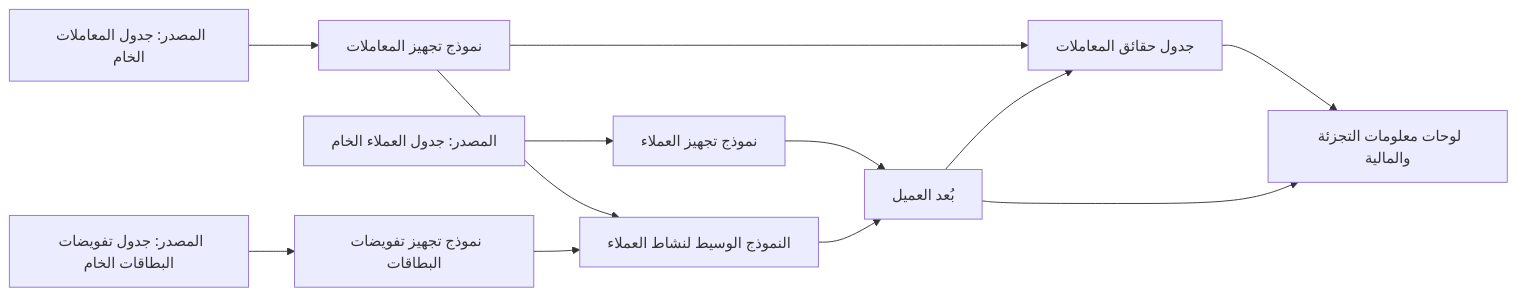
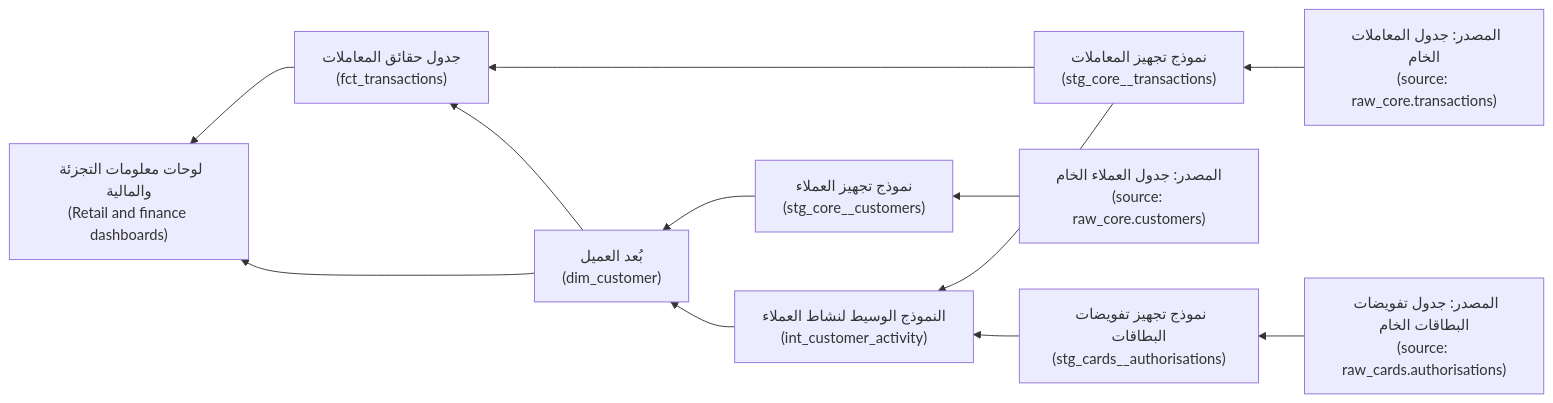
One commit to Tamoura/system-design-for-vibe-coders changed the first of 3 diagrams in data/modules/03-transform-quality.ar.md. Above: the diagram before and after it, drawn with Mermaid. The commit also changed other lines of this file and 20 other files, not shown here.

First line of the commit message:
New courses: Arabic diagrams read right-to-left with English labels (modules 0–6)

````diff
--- a/data/modules/03-transform-quality.ar.md
+++ b/data/modules/03-transform-quality.ar.md
@@ -44,14 +44,14 @@
 ```mermaid
-flowchart LR
-    S1["المصدر: جدول المعاملات الخام"] --> ST1["نموذج تجهيز المعاملات"]
-    S2["المصدر: جدول العملاء الخام"] --> ST2["نموذج تجهيز العملاء"]
-    S3["المصدر: جدول تفويضات البطاقات الخام"] --> ST3["نموذج تجهيز تفويضات البطاقات"]
-    ST1 --> I1["النموذج الوسيط لنشاط العملاء"]
+flowchart RL
+    S1["المصدر: جدول المعاملات الخام<br/>(source: raw_core.transactions)"] --> ST1["نموذج تجهيز المعاملات<br/>(stg_core__transactions)"]
+    S2["المصدر: جدول العملاء الخام<br/>(source: raw_core.customers)"] --> ST2["نموذج تجهيز العملاء<br/>(stg_core__customers)"]
+    S3["المصدر: جدول تفويضات البطاقات الخام<br/>(source: raw_cards.authorisations)"] --> ST3["نموذج تجهيز تفويضات البطاقات<br/>(stg_cards__authorisations)"]
+    ST1 --> I1["النموذج الوسيط لنشاط العملاء<br/>(int_customer_activity)"]
     ST3 --> I1
-    ST2 --> D1["بُعد العميل"]
+    ST2 --> D1["بُعد العميل<br/>(dim_customer)"]
     I1 --> D1
-    ST1 --> F1["جدول حقائق المعاملات"]
+    ST1 --> F1["جدول حقائق المعاملات<br/>(fct_transactions)"]
     D1 --> F1
-    F1 --> E1["لوحات معلومات التجزئة والمالية"]
+    F1 --> E1["لوحات معلومات التجزئة والمالية<br/>(Retail and finance dashboards)"]
     D1 --> E1
 ```
````
